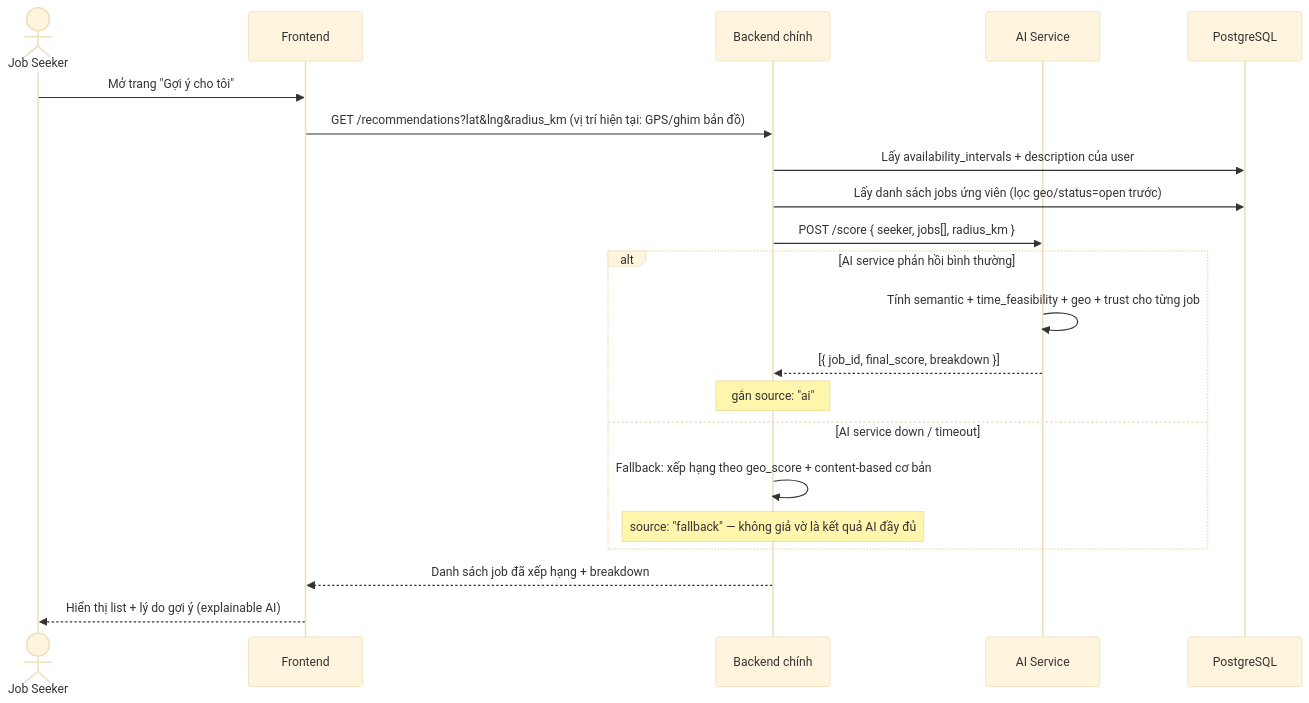
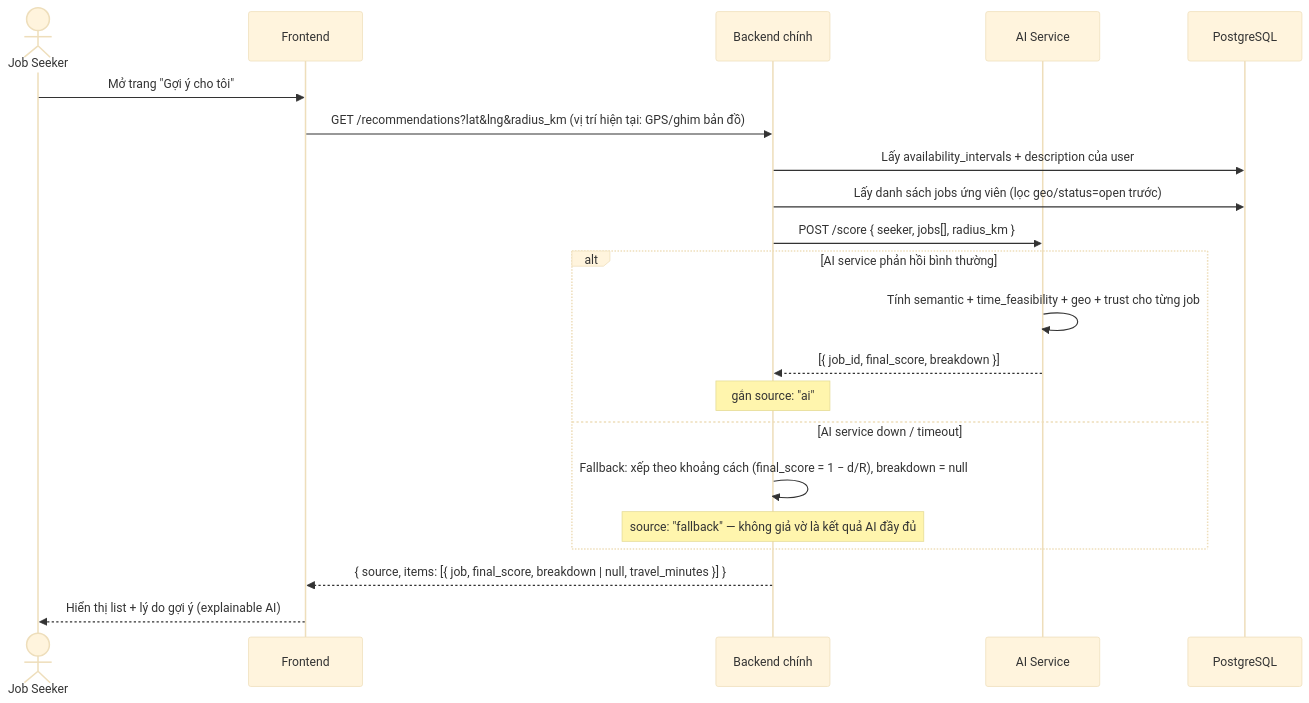
The sixth of 10 diagrams in docs/design/sequence-diagram.md (VanSyx/DATN_TimViecPartTime), drawn with Mermaid (base theme) before and after one commit. The commit also changed 12 other files, not shown here.

````diff
--- a/docs/design/sequence-diagram.md
+++ b/docs/design/sequence-diagram.md
@@ -156,26 +156,26 @@
 ```mermaid
 sequenceDiagram
     actor U as Job Seeker
     participant FE as Frontend
     participant BE as Backend chính
     participant AI as AI Service
     participant DB as PostgreSQL
 
     U->>FE: Mở trang "Gợi ý cho tôi"
     FE->>BE: GET /recommendations?lat&lng&radius_km (vị trí hiện tại: GPS/ghim bản đồ)
     BE->>DB: Lấy availability_intervals + description của user
     BE->>DB: Lấy danh sách jobs ứng viên (lọc geo/status=open trước)
     BE->>AI: POST /score { seeker, jobs[], radius_km }
 
     alt AI service phản hồi bình thường
         AI->>AI: Tính semantic + time_feasibility + geo + trust cho từng job
         AI-->>BE: [{ job_id, final_score, breakdown }]
         Note over BE: gắn source: "ai"
     else AI service down / timeout
-        BE->>BE: Fallback: xếp hạng theo geo_score + content-based cơ bản
+        BE->>BE: Fallback: xếp theo khoảng cách (final_score = 1 − d/R), breakdown = null
         Note over BE: source: "fallback" — không giả vờ là kết quả AI đầy đủ
     end
 
-    BE-->>FE: Danh sách job đã xếp hạng + breakdown
+    BE-->>FE: { source, items: [{ job, final_score, breakdown | null, travel_minutes }] }
     FE-->>U: Hiển thị list + lý do gợi ý (explainable AI)
 ```
````
